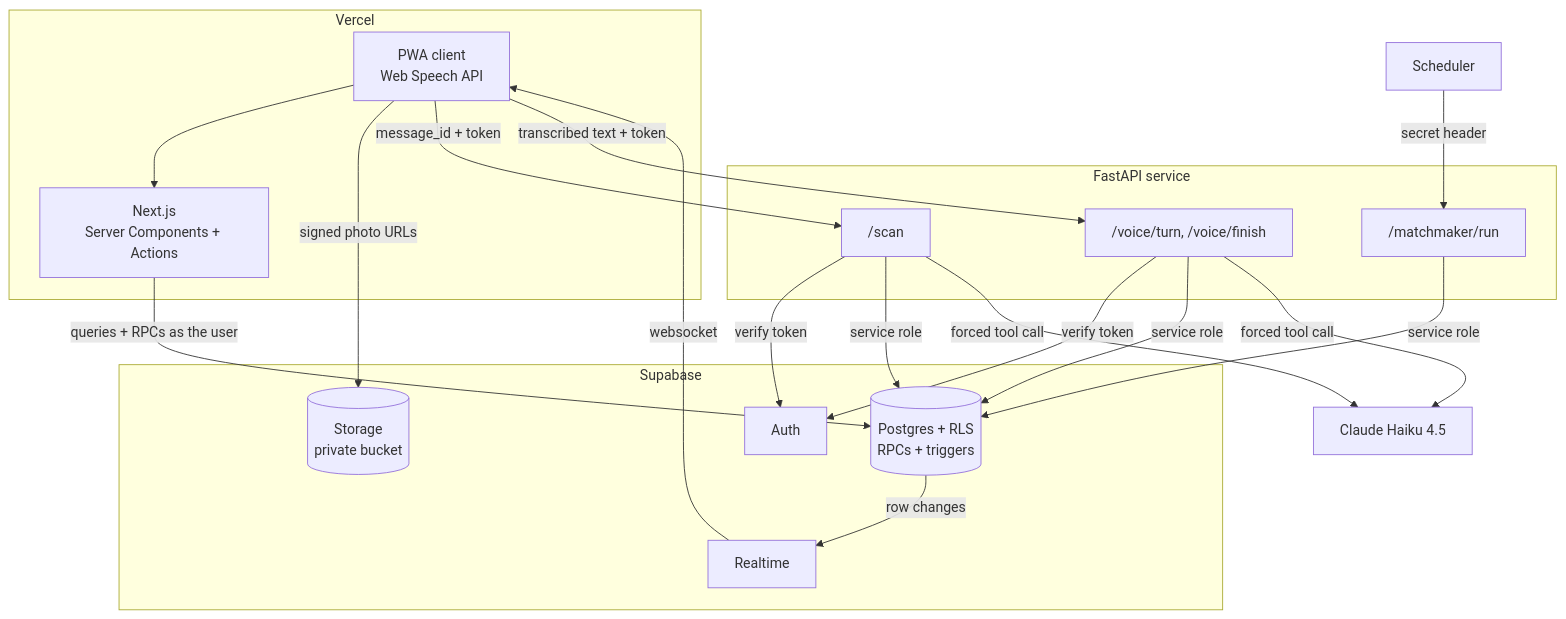
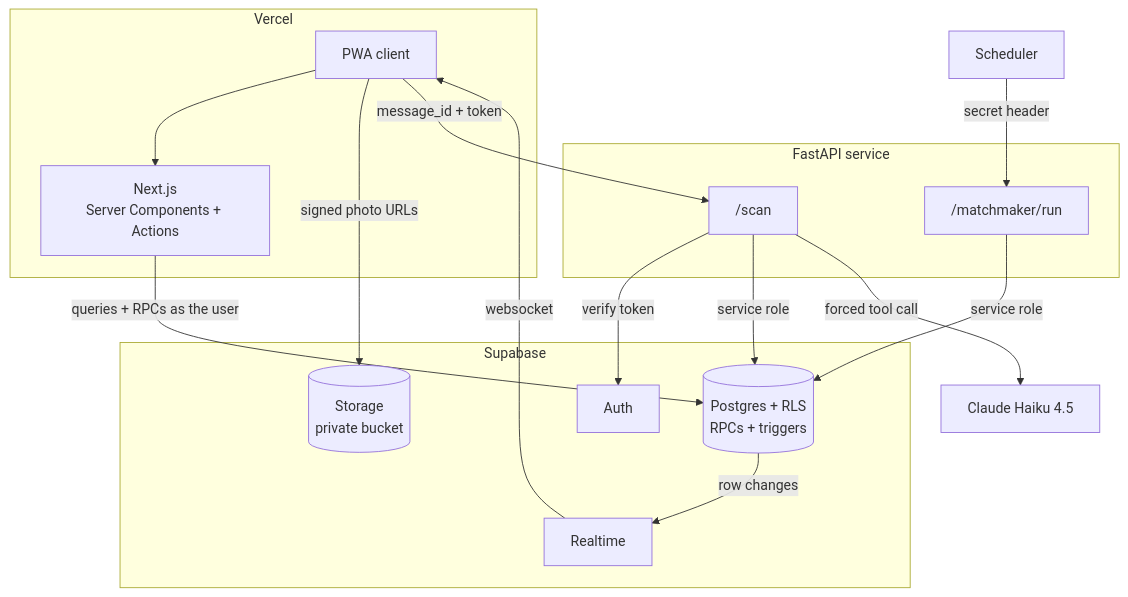
The first of 5 diagrams in README.md (patilrajvardhan27/Manter), drawn with Mermaid before and after one commit. The commit also changed other lines of this file and 36 other files, not shown here.

````diff
--- a/README.md
+++ b/README.md
@@ -13,32 +13,30 @@
 ```mermaid
 flowchart TB
     subgraph Vercel
-        PWA[PWA client<br/>Web Speech API]
+        PWA[PWA client]
         NX[Next.js<br/>Server Components + Actions]
     end
     subgraph Supabase
         AU[Auth]
         PG[(Postgres + RLS<br/>RPCs + triggers)]
         RT[Realtime]
         ST[(Storage<br/>private bucket)]
     end
     subgraph AIS["FastAPI service"]
         SC["/scan"]
-        VO["/voice/turn, /voice/finish"]
         MM["/matchmaker/run"]
     end
     HA[Claude Haiku 4.5]
     CR[Scheduler]
 
     PWA --> NX
     NX -->|queries + RPCs as the user| PG
     PG -->|row changes| RT
     RT -->|websocket| PWA
     PWA -->|signed photo URLs| ST
     PWA -->|message_id + token| SC
-    PWA -->|transcribed text + token| VO
-    SC & VO -->|verify token| AU
-    SC & VO & MM -->|service role| PG
-    SC & VO -->|forced tool call| HA
+    SC -->|verify token| AU
+    SC & MM -->|service role| PG
+    SC -->|forced tool call| HA
     CR -->|secret header| MM
 ```
````
